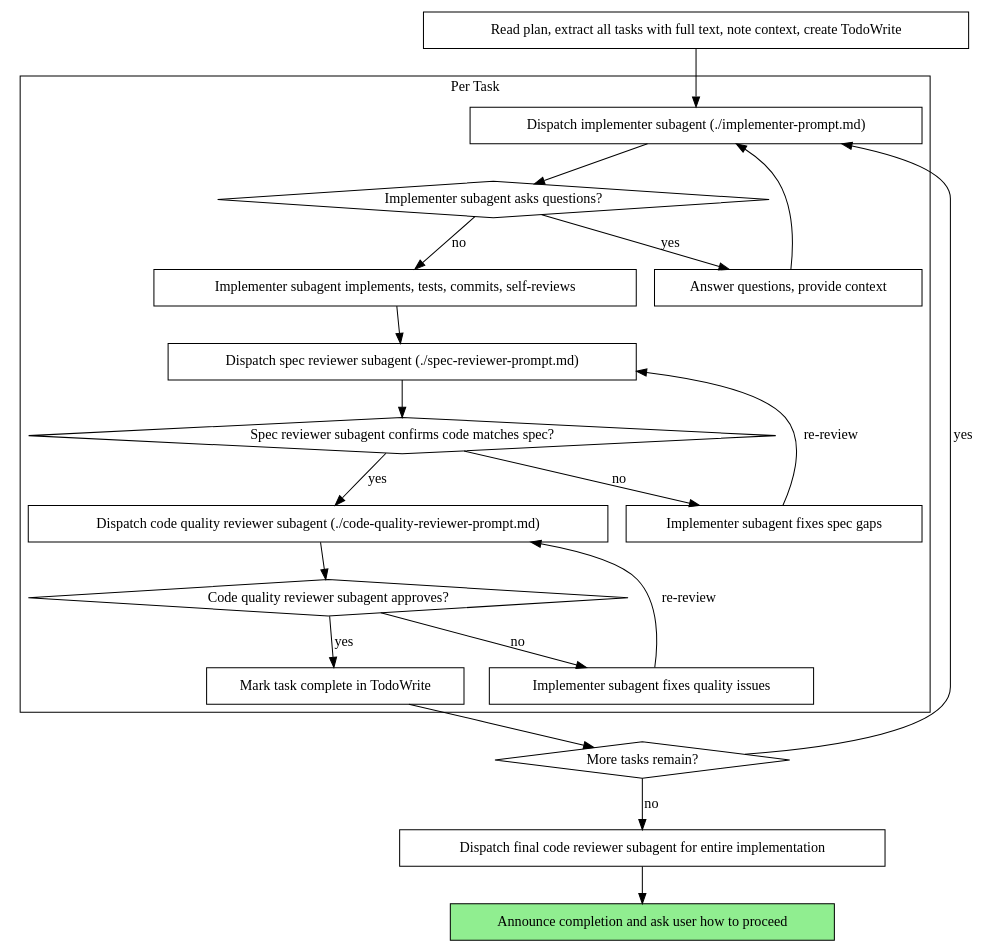
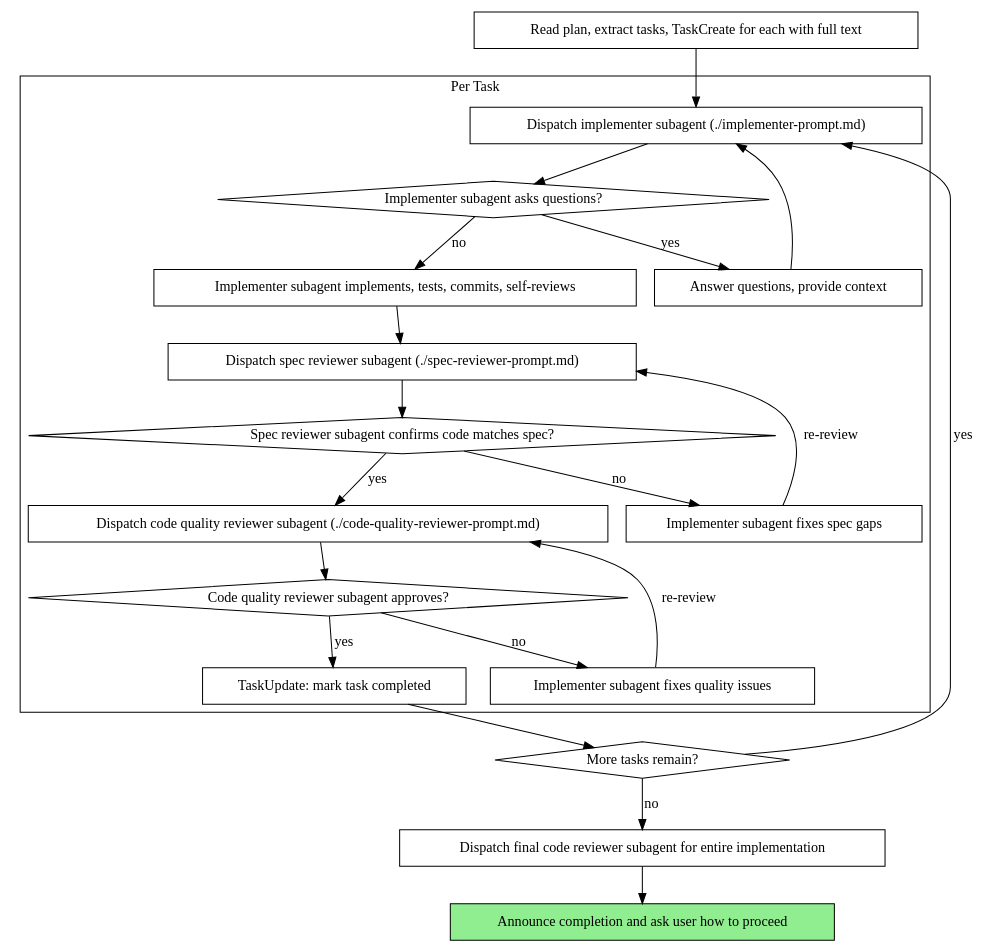
Before and after one commit to stefanfaur/roach-marketplace: the second of 2 diagrams in roach/skills/subagent-driven-development/SKILL.md, drawn with Graphviz. The commit also changed other lines of this file and 9 other files, not shown here.

````diff
--- a/roach/skills/subagent-driven-development/SKILL.md
+++ b/roach/skills/subagent-driven-development/SKILL.md
@@ -40,44 +44,44 @@
 ```dot
 digraph process {
     rankdir=TB;
 
     subgraph cluster_per_task {
         label="Per Task";
         "Dispatch implementer subagent (./implementer-prompt.md)" [shape=box];
         "Implementer subagent asks questions?" [shape=diamond];
         "Answer questions, provide context" [shape=box];
         "Implementer subagent implements, tests, commits, self-reviews" [shape=box];
         "Dispatch spec reviewer subagent (./spec-reviewer-prompt.md)" [shape=box];
         "Spec reviewer subagent confirms code matches spec?" [shape=diamond];
         "Implementer subagent fixes spec gaps" [shape=box];
         "Dispatch code quality reviewer subagent (./code-quality-reviewer-prompt.md)" [shape=box];
         "Code quality reviewer subagent approves?" [shape=diamond];
         "Implementer subagent fixes quality issues" [shape=box];
-        "Mark task complete in TodoWrite" [shape=box];
+        "TaskUpdate: mark task completed" [shape=box];
     }
 
-    "Read plan, extract all tasks with full text, note context, create TodoWrite" [shape=box];
+    "Read plan, extract tasks, TaskCreate for each with full text" [shape=box];
     "More tasks remain?" [shape=diamond];
     "Dispatch final code reviewer subagent for entire implementation" [shape=box];
     "Announce completion and ask user how to proceed" [shape=box style=filled fillcolor=lightgreen];
 
-    "Read plan, extract all tasks with full text, note context, create TodoWrite" -> "Dispatch implementer subagent (./implementer-prompt.md)";
+    "Read plan, extract tasks, TaskCreate for each with full text" -> "Dispatch implementer subagent (./implementer-prompt.md)";
     "Dispatch implementer subagent (./implementer-prompt.md)" -> "Implementer subagent asks questions?";
     "Implementer subagent asks questions?" -> "Answer questions, provide context" [label="yes"];
     "Answer questions, provide context" -> "Dispatch implementer subagent (./implementer-prompt.md)";
     "Implementer subagent asks questions?" -> "Implementer subagent implements, tests, commits, self-reviews" [label="no"];
     "Implementer subagent implements, tests, commits, self-reviews" -> "Dispatch spec reviewer subagent (./spec-reviewer-prompt.md)";
     "Dispatch spec reviewer subagent (./spec-reviewer-prompt.md)" -> "Spec reviewer subagent confirms code matches spec?";
     "Spec reviewer subagent confirms code matches spec?" -> "Implementer subagent fixes spec gaps" [label="no"];
     "Implementer subagent fixes spec gaps" -> "Dispatch spec reviewer subagent (./spec-reviewer-prompt.md)" [label="re-review"];
     "Spec reviewer subagent confirms code matches spec?" -> "Dispatch code quality reviewer subagent (./code-quality-reviewer-prompt.md)" [label="yes"];
     "Dispatch code quality reviewer subagent (./code-quality-reviewer-prompt.md)" -> "Code quality reviewer subagent approves?";
     "Code quality reviewer subagent approves?" -> "Implementer subagent fixes quality issues" [label="no"];
     "Implementer subagent fixes quality issues" -> "Dispatch code quality reviewer subagent (./code-quality-reviewer-prompt.md)" [label="re-review"];
-    "Code quality reviewer subagent approves?" -> "Mark task complete in TodoWrite" [label="yes"];
-    "Mark task complete in TodoWrite" -> "More tasks remain?";
+    "Code quality reviewer subagent approves?" -> "TaskUpdate: mark task completed" [label="yes"];
+    "TaskUpdate: mark task completed" -> "More tasks remain?";
     "More tasks remain?" -> "Dispatch implementer subagent (./implementer-prompt.md)" [label="yes"];
     "More tasks remain?" -> "Dispatch final code reviewer subagent for entire implementation" [label="no"];
     "Dispatch final code reviewer subagent for entire implementation" -> "Announce completion and ask user how to proceed";
 }
 ```
````
